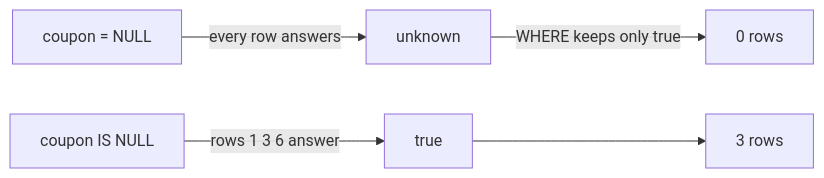
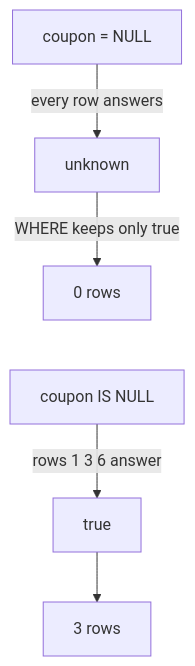
The fourth of 5 diagrams in learn/database/01-sql-basics-and-query-order.md (starjustice/research-material), drawn with Mermaid before and after one commit. The commit also changed other lines of this file and 2 other files, not shown here.

````diff
--- a/learn/database/01-sql-basics-and-query-order.md
+++ b/learn/database/01-sql-basics-and-query-order.md
@@ -112,7 +186,8 @@
 ```mermaid
-graph LR
+graph TB
     A["coupon = NULL"] -->|every row answers| U["unknown"]
     U -->|WHERE keeps only true| Z["0 rows"]
+    Z ~~~ B
     B["coupon IS NULL"] -->|rows 1 3 6 answer| T["true"]
     T --> K["3 rows"]
 ```
````
